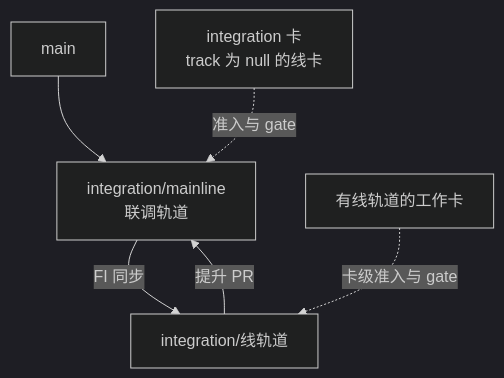
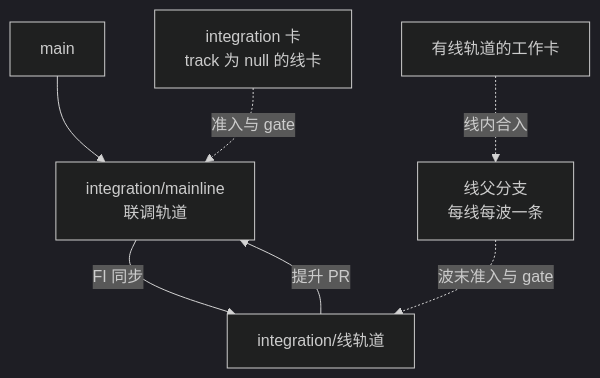
Before and after one commit to nemori-ai/omne-harness-lite: the first of 2 diagrams in docs/engineering/integration.md, drawn with Mermaid (dark theme). The commit also changed other lines of this file and 19 other files, not shown here.

````diff
--- a/docs/engineering/integration.md
+++ b/docs/engineering/integration.md
@@ -66,8 +66,9 @@
 ```mermaid
 flowchart TD
   main["main"] --> LR["integration/mainline<br/>联调轨道"]
   LR -->|"FI 同步"| B1["integration/线轨道"]
   B1 -->|"提升 PR"| LR
-  CL["有线轨道的工作卡"] -. "卡级准入与 gate" .-> B1
+  CL["有线轨道的工作卡"] -. "线内合入" .-> P["线父分支<br/>每线每波一条"]
+  P -. "波末准入与 gate" .-> B1
   CI["integration 卡<br/>track 为 null 的线卡"] -. "准入与 gate" .-> LR
 ```
````
